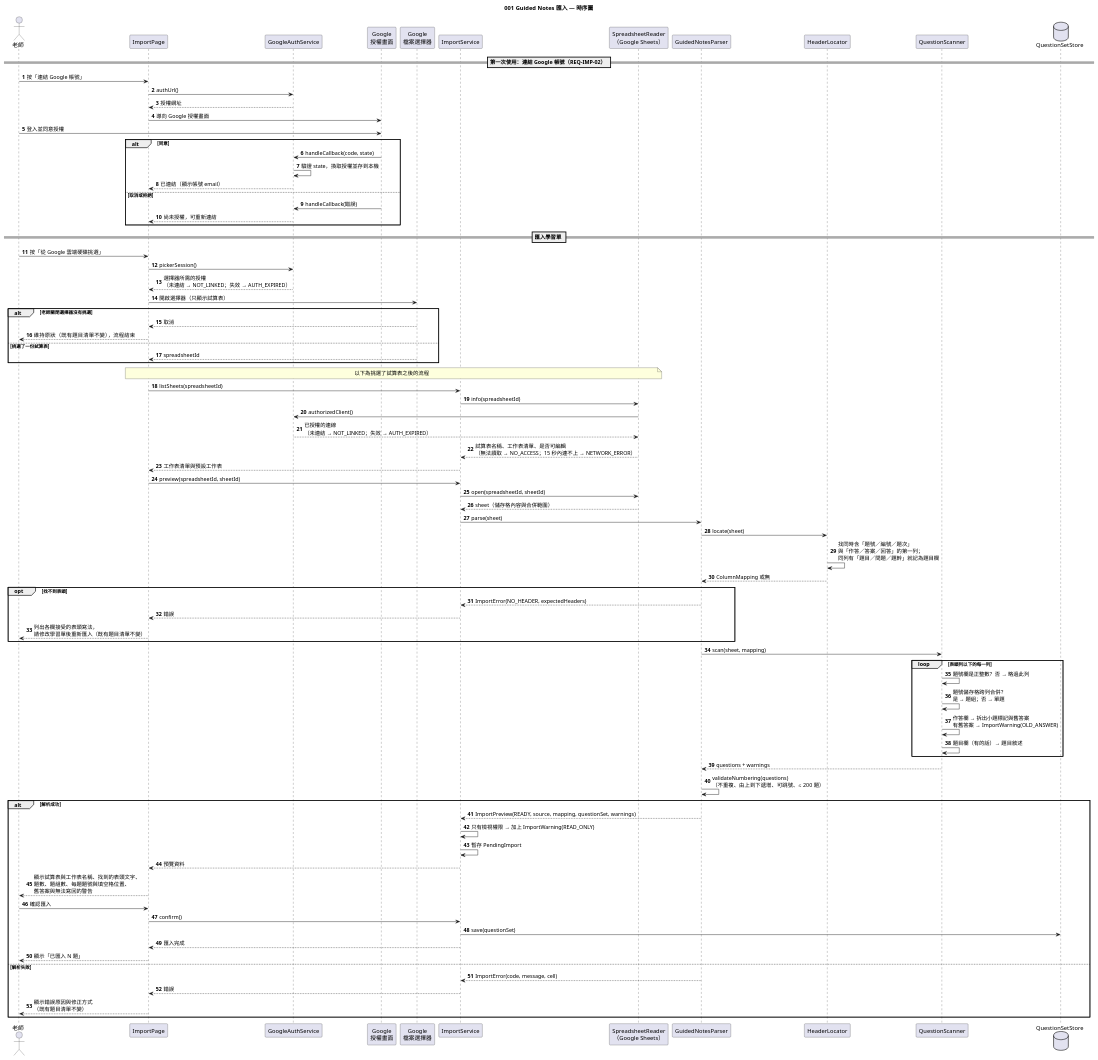
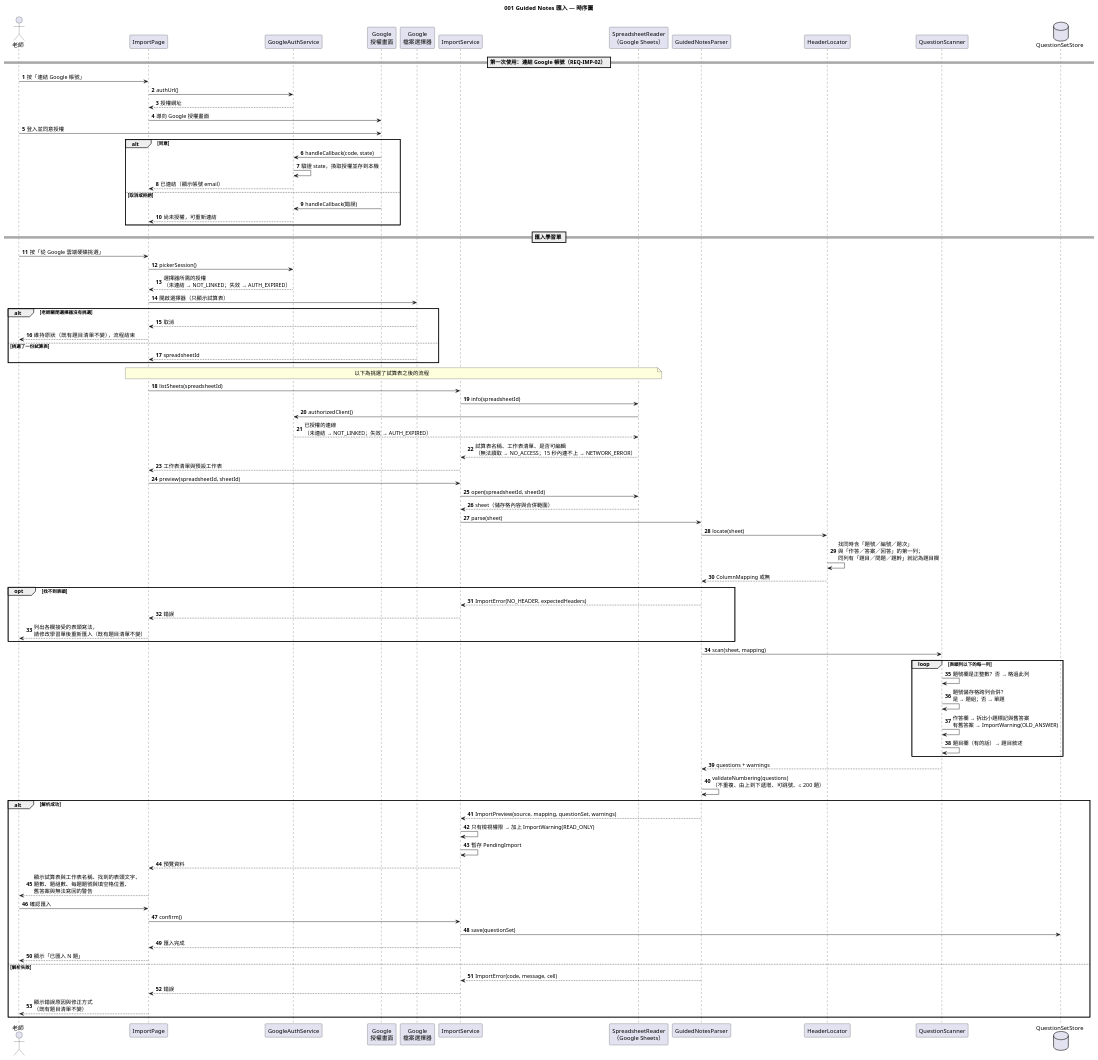
The diagram in diagrams/001-sequence.puml (Ting10-01/quiz_buzzer_speckit), drawn with PlantUML before and after one commit. The commit also changed 2 other files, not shown here.

```diff
--- a/diagrams/001-sequence.puml
+++ b/diagrams/001-sequence.puml
@@ -1,92 +1,92 @@
 @startuml
 title 001 Guided Notes 匯入 — 時序圖
 skinparam shadowing false
 autonumber
 
 actor "老師" as T
 participant "ImportPage" as P
 participant "GoogleAuthService" as A
 participant "Google\n授權畫面" as G
 participant "Google\n檔案選擇器" as GP2
 participant "ImportService" as S
 participant "SpreadsheetReader\n（Google Sheets）" as R
 participant "GuidedNotesParser" as GP
 participant "HeaderLocator" as HL
 participant "QuestionScanner" as QS
 database "QuestionSetStore" as Store
 
 == 第一次使用：連結 Google 帳號（REQ-IMP-02） ==
 T -> P : 按「連結 Google 帳號」
 P -> A : authUrl()
 A --> P : 授權網址
 P -> G : 導向 Google 授權畫面
 T -> G : 登入並同意授權
 alt 同意
   G -> A : handleCallback(code, state)
   A -> A : 驗證 state，換取授權並存到本機
   A --> P : 已連結（顯示帳號 email）
 else 取消或拒絕
   G -> A : handleCallback(錯誤)
   A --> P : 尚未授權，可重新連結
 end
 
 == 匯入學習單 ==
 T -> P : 按「從 Google 雲端硬碟挑選」
 P -> A : pickerSession()
 A --> P : 選擇器所需的授權\n（未連結 → NOT_LINKED；失效 → AUTH_EXPIRED）
 P -> GP2 : 開啟選擇器（只顯示試算表）
 alt 老師關閉選擇器沒有挑選
   GP2 --> P : 取消
   P --> T : 維持原狀（既有題目清單不變），流程結束
 else 挑選了一份試算表
   GP2 --> P : spreadsheetId
 end
 note over P, R : 以下為挑選了試算表之後的流程
 P -> S : listSheets(spreadsheetId)
 S -> R : info(spreadsheetId)
 R -> A : authorizedClient()
 A --> R : 已授權的連線\n（未連結 → NOT_LINKED；失效 → AUTH_EXPIRED）
 R --> S : 試算表名稱、工作表清單、是否可編輯\n（無法讀取 → NO_ACCESS；15 秒內連不上 → NETWORK_ERROR）
 S --> P : 工作表清單與預設工作表
 P -> S : preview(spreadsheetId, sheetId)
 S -> R : open(spreadsheetId, sheetId)
 R --> S : sheet（儲存格內容與合併範圍）
 S -> GP : parse(sheet)
 
 GP -> HL : locate(sheet)
 HL -> HL : 找同時含「題號／編號／題次」\n與「作答／答案／回答」的第一列；\n同列有「題目／問題／題幹」就記為題目欄
 HL --> GP : ColumnMapping 或無
 
 opt 找不到表頭
   GP --> S : ImportError(NO_HEADER, expectedHeaders)
   S --> P : 錯誤
   P --> T : 列出各欄接受的表頭寫法，\n請修改學習單後重新匯入（既有題目清單不變）
 end
 
 GP -> QS : scan(sheet, mapping)
 loop 表頭列以下的每一列
   QS -> QS : 題號欄是正整數？否 → 略過此列
   QS -> QS : 題號儲存格跨列合併？\n是 → 題組；否 → 單題
   QS -> QS : 作答欄 → 拆出小題標記與舊答案\n有舊答案 → ImportWarning(OLD_ANSWER)
   QS -> QS : 題目欄（有的話）→ 題目敘述
 end
 QS --> GP : questions + warnings
 GP -> GP : validateNumbering(questions)\n（不重複、由上到下遞增、可跳號、≤ 200 題）
 
 alt 解析成功
-  GP --> S : ImportPreview(READY, source, mapping, questionSet, warnings)
+  GP --> S : ImportPreview(source, mapping, questionSet, warnings)
   S -> S : 只有檢視權限 → 加上 ImportWarning(READ_ONLY)
   S -> S : 暫存 PendingImport
   S --> P : 預覽資料
   P --> T : 顯示試算表與工作表名稱、找到的表頭文字、\n題數、題組數、每題題號與填空格位置、\n舊答案與無法寫回的警告
   T -> P : 確認匯入
   P -> S : confirm()
   S -> Store : save(questionSet)
   S --> P : 匯入完成
   P --> T : 顯示「已匯入 N 題」
 else 解析失敗
   GP --> S : ImportError(code, message, cell)
   S --> P : 錯誤
   P --> T : 顯示錯誤原因與修正方式\n（既有題目清單不變）
 end
 @enduml
```
